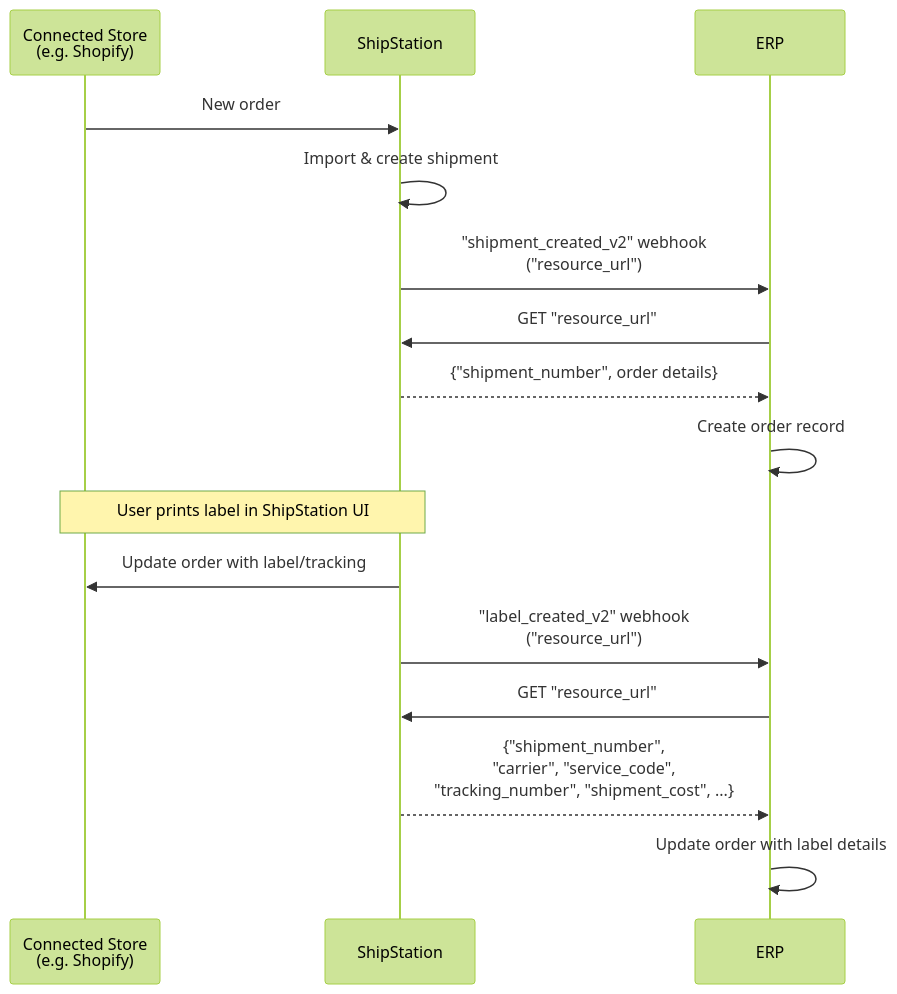
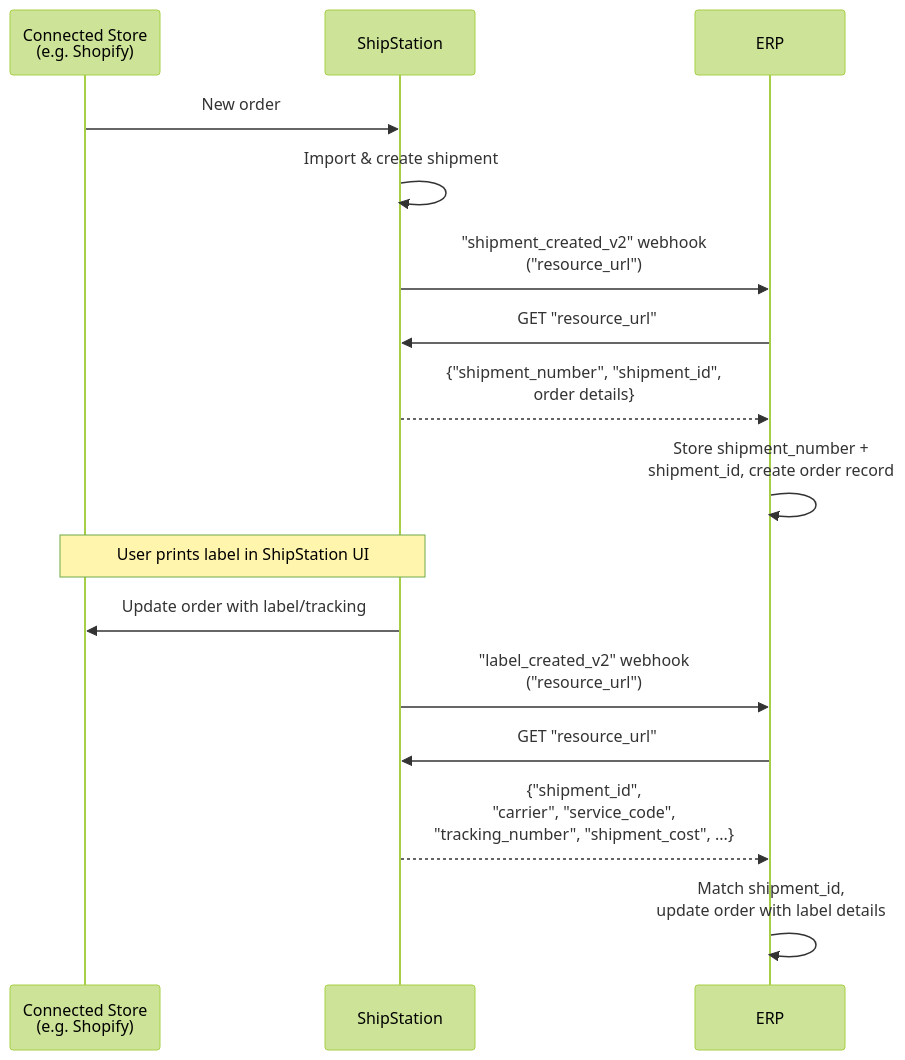
One commit to pmcgee-personal/shipstation-integration-toolkit changed the diagram in patterns/erp-sync-label-print-ui.md. Above: the diagram before and after it, drawn with Mermaid (forest theme). The commit also changed other lines of this file and 1 other file, not shown here.

Commit message:
update: patterns

````diff
--- a/patterns/erp-sync-label-print-ui.md
+++ b/patterns/erp-sync-label-print-ui.md
@@ -9,22 +9,22 @@
 ```mermaid
 sequenceDiagram
     participant Store as Connected Store<br/>(e.g. Shopify)
     participant SS as ShipStation
     participant ERP as ERP
 
     Store->>SS: New order
     SS->>SS: Import & create shipment
 
     SS->>ERP: "shipment_created_v2" webhook<br/>("resource_url")
     ERP->>SS: GET "resource_url"
-    SS-->>ERP: {"shipment_number", order details}
-    ERP->>ERP: Create order record
+    SS-->>ERP: {"shipment_number", "shipment_id",<br/>order details}
+    ERP->>ERP: Store shipment_number +<br/>shipment_id, create order record
 
     Note over SS,Store: User prints label in ShipStation UI
     SS->>Store: Update order with label/tracking
     SS->>ERP: "label_created_v2" webhook<br/>("resource_url")
 
     ERP->>SS: GET "resource_url"
-    SS-->>ERP: {"shipment_number",<br/>"carrier", "service_code",<br/>"tracking_number", "shipment_cost", ...}
-    ERP->>ERP: Update order with label details
+    SS-->>ERP: {"shipment_id",<br/>"carrier", "service_code",<br/>"tracking_number", "shipment_cost", ...}
+    ERP->>ERP: Match shipment_id,<br/>update order with label details
 ```
````
